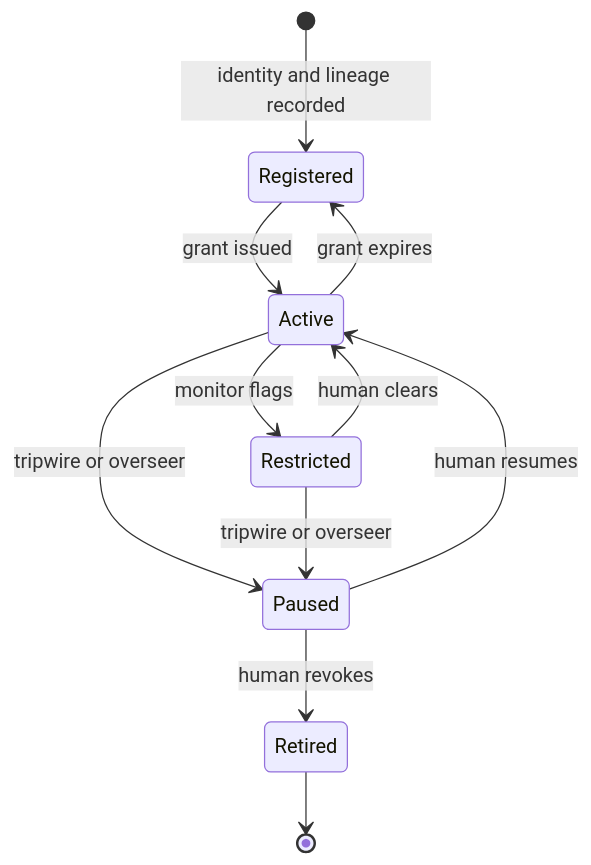
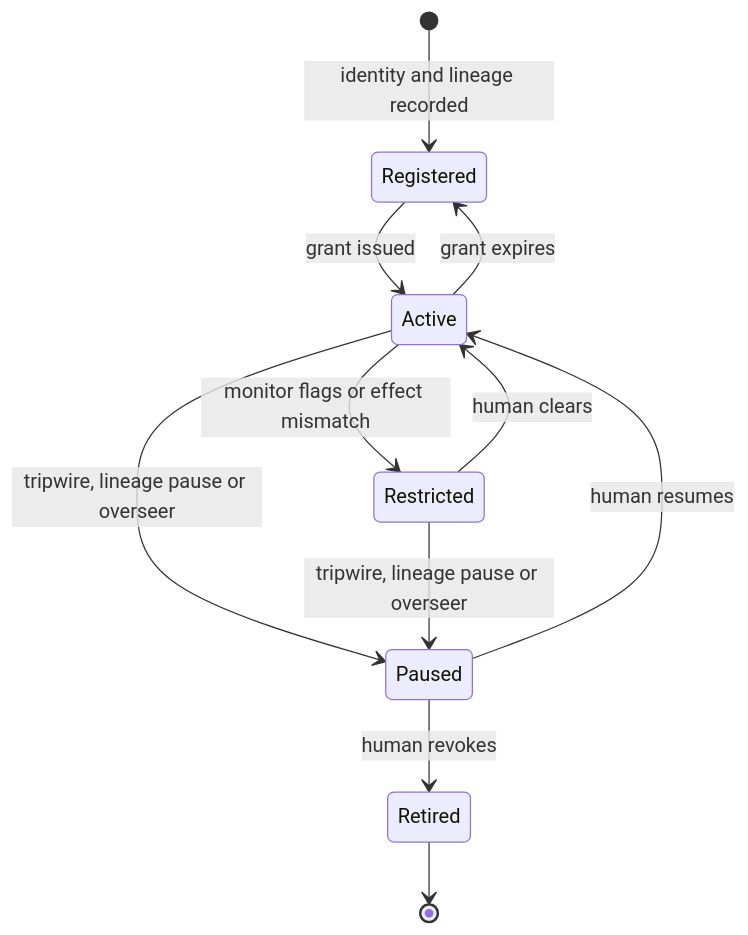
Before and after one commit to 21st-century-pluribus/intelligent-systems-charter: diagram 12 of 12 in proposal/technical-implementation.md, drawn with Mermaid. The commit also changed other lines of this file and 4 other files, not shown here.

````diff
--- a/proposal/technical-implementation.md
+++ b/proposal/technical-implementation.md
@@ -408,13 +768,13 @@
 ```mermaid
 stateDiagram-v2
   [*] --> Registered: identity and lineage recorded
   Registered --> Active: grant issued
   Active --> Registered: grant expires
-  Active --> Restricted: monitor flags
+  Active --> Restricted: monitor flags or effect mismatch
   Restricted --> Active: human clears
-  Active --> Paused: tripwire or overseer
-  Restricted --> Paused: tripwire or overseer
+  Active --> Paused: tripwire, lineage pause or overseer
+  Restricted --> Paused: tripwire, lineage pause or overseer
   Paused --> Active: human resumes
   Paused --> Retired: human revokes
   Retired --> [*]
 ```
````
